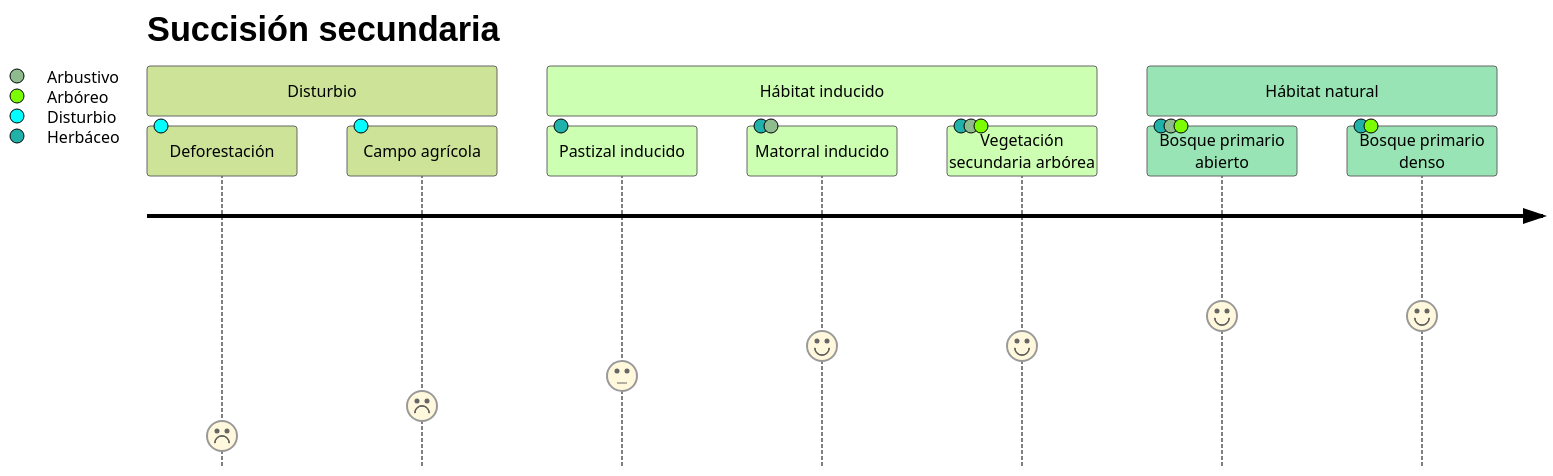
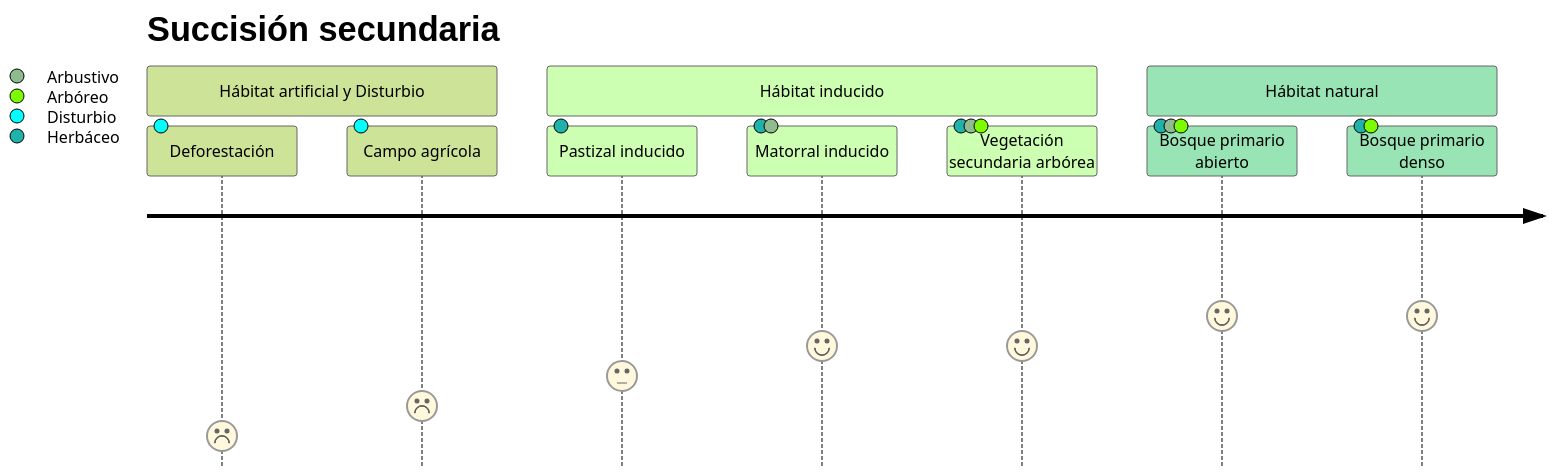
Before and after one commit to vshalisko/mixed_GIS_related_scripts: the diagram in LULC/Tapalpa_succesion.mermaid, drawn with Mermaid (forest theme).

```diff
--- a/LULC/Tapalpa_succesion.mermaid
+++ b/LULC/Tapalpa_succesion.mermaid
@@ -1,12 +1,12 @@
 journey
     title Succisión secundaria
-    section Disturbio
+    section Hábitat artificial y Disturbio
       Deforestación: 1: Disturbio
       Campo agrícola: 2: Disturbio
     section Hábitat inducido
       Pastizal inducido: 3: Herbáceo
       Matorral inducido: 4: Herbáceo, Arbustivo
       Vegetación secundaria arbórea: 4: Herbáceo, Arbustivo, Arbóreo
     section Hábitat natural
       Bosque primario abierto: 5:  Herbáceo, Arbustivo, Arbóreo
       Bosque primario denso: 5: Herbáceo, Arbóreo
```
